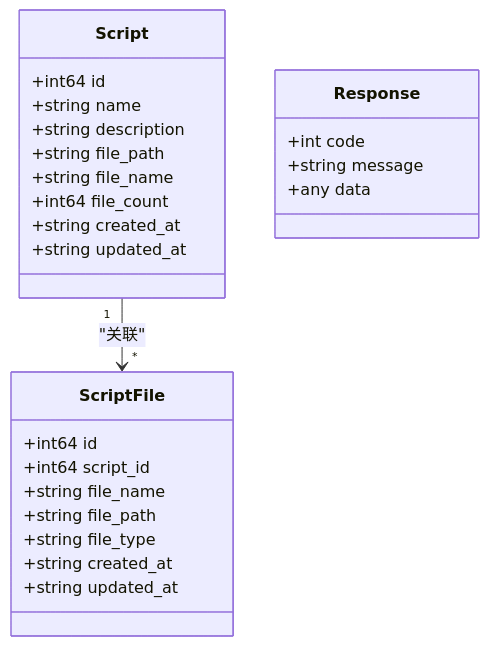
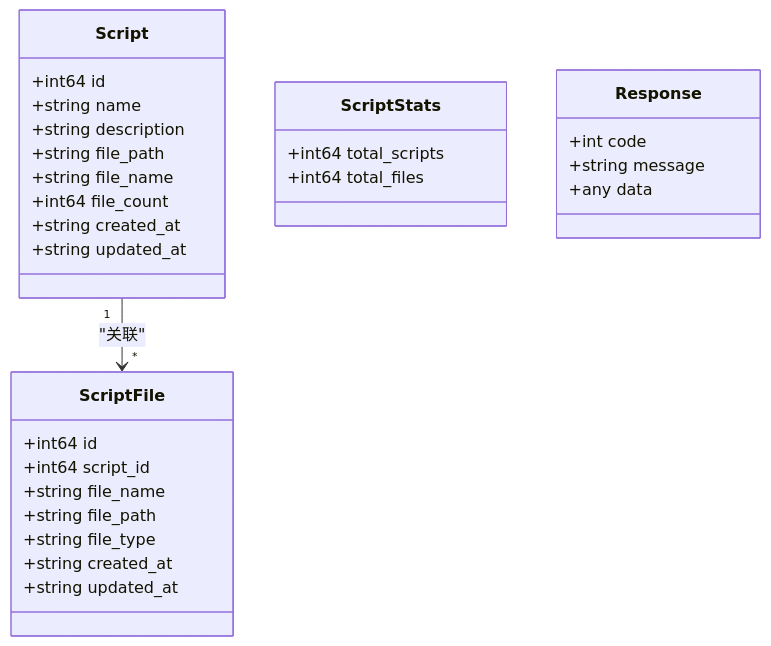
One commit to Liyuhao02/Jmeter-Admin changed the third of 9 diagrams in .qoder/repowiki/zh/content/核心业务模块/脚本管理系统/脚本管理系统.md. Above: the diagram before and after it, drawn with Mermaid. The commit also changed other lines of this file and 6 other files, not shown here.

````diff
--- a/.qoder/repowiki/zh/content/核心业务模块/脚本管理系统/脚本管理系统.md
+++ b/.qoder/repowiki/zh/content/核心业务模块/脚本管理系统/脚本管理系统.md
@@ -132,28 +154,32 @@
 ```mermaid
 classDiagram
 class Script {
 +int64 id
 +string name
 +string description
 +string file_path
 +string file_name
 +int64 file_count
 +string created_at
 +string updated_at
 }
 class ScriptFile {
 +int64 id
 +int64 script_id
 +string file_name
 +string file_path
 +string file_type
 +string created_at
 +string updated_at
 }
+class ScriptStats {
++int64 total_scripts
++int64 total_files
+}
 class Response {
 +int code
 +string message
 +any data
 }
 Script "1" --> "*" ScriptFile : "关联"
 ```
````
